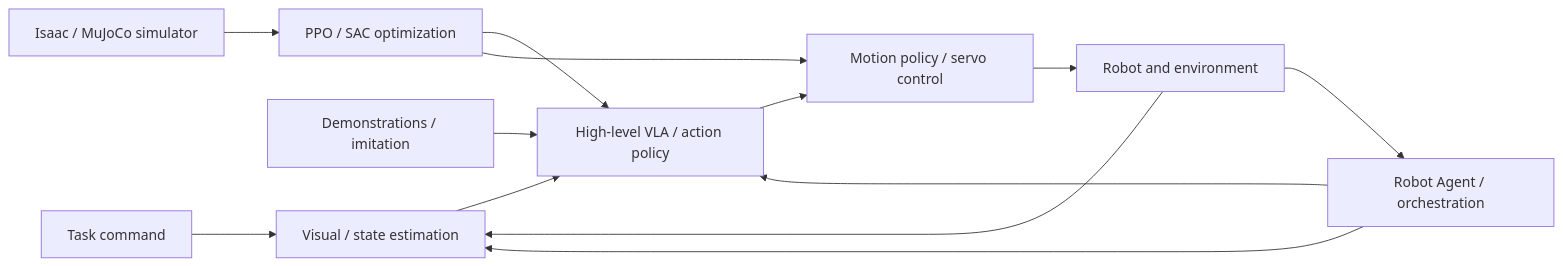
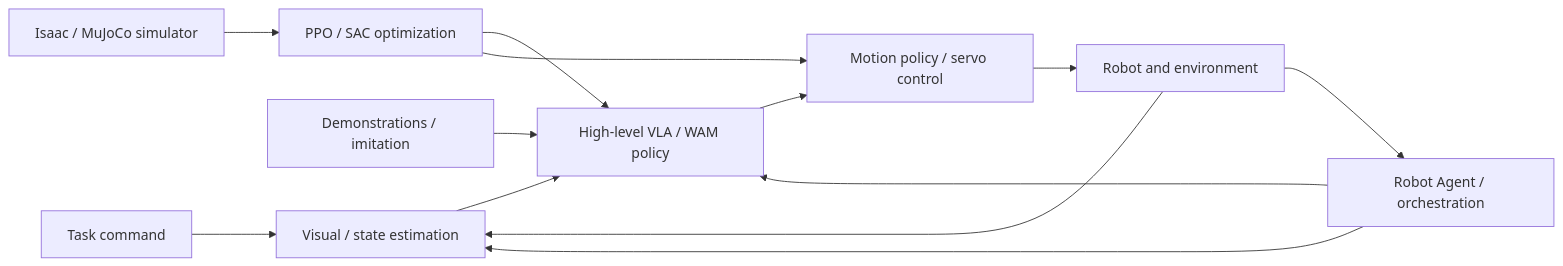
One commit to zengxiong111/Foundation_of_Embodied_AI changed the diagram in syllabus/COURSE_MAP_EN.md. Above: the diagram before and after it, drawn with Mermaid. The commit also changed other lines of this file and 10 other files, not shown here.

````diff
--- a/syllabus/COURSE_MAP_EN.md
+++ b/syllabus/COURSE_MAP_EN.md
@@ -31,15 +31,15 @@
 ```mermaid
 flowchart LR
  A["Task command"] --> B["Visual / state estimation"]
- B --> C["High-level VLA / action policy"]
+ B --> C["High-level VLA / WAM policy"]
  C --> D["Motion policy / servo control"]
  D --> E["Robot and environment"]
  E --> B
  F["Demonstrations / imitation"] --> C
  G["Isaac / MuJoCo simulator"] --> H["PPO / SAC optimization"]
  H --> C
  H --> D
  X["Robot Agent / orchestration"] --> B
  X --> C
  E --> X
 ```
````
